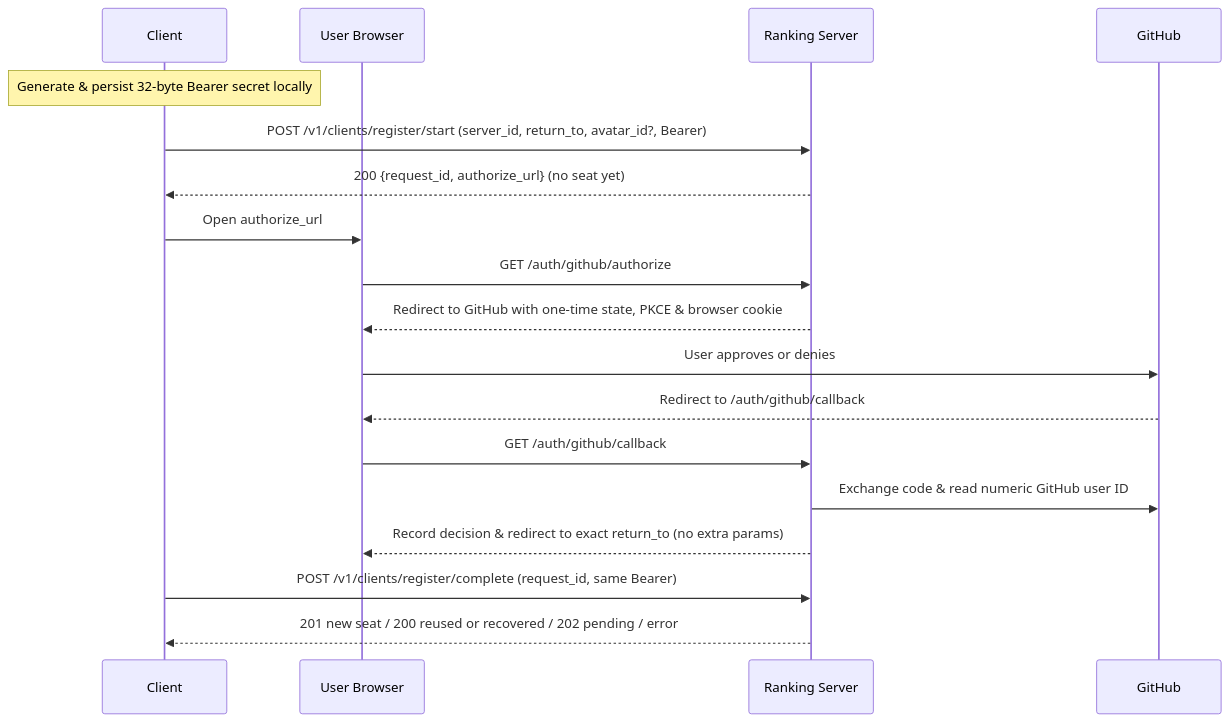
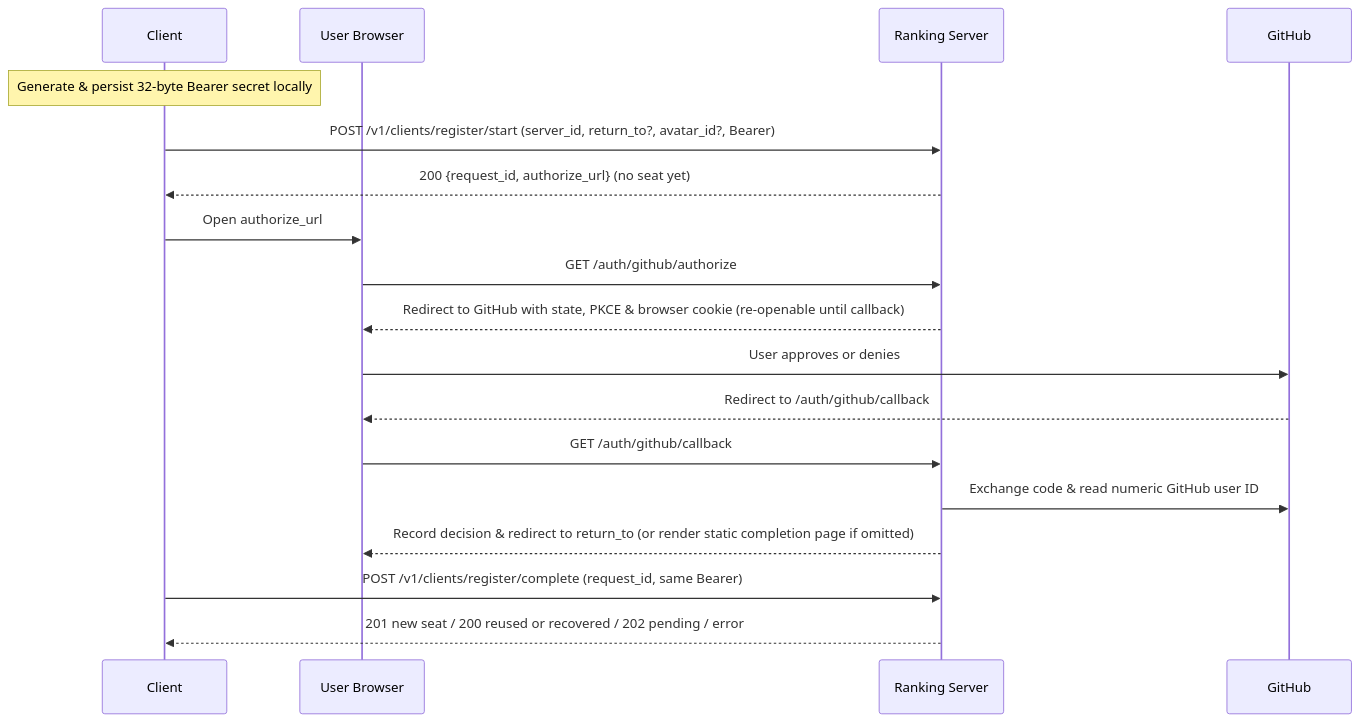
One commit to router-for-me/cpa-usage-ranking changed the first of 2 diagrams in docs/integration.md. Above: the diagram before and after it, drawn with Mermaid. The commit also changed other lines of this file and 11 other files, not shown here.

````diff
--- a/docs/integration.md
+++ b/docs/integration.md
@@ -45,20 +45,20 @@
 ```mermaid
 sequenceDiagram
     participant C as Client
     participant B as User Browser
     participant R as Ranking Server
     participant G as GitHub
     Note over C: Generate & persist 32-byte Bearer secret locally
-    C->>R: POST /v1/clients/register/start (server_id, return_to, avatar_id?, Bearer)
+    C->>R: POST /v1/clients/register/start (server_id, return_to?, avatar_id?, Bearer)
     R-->>C: 200 {request_id, authorize_url} (no seat yet)
     C->>B: Open authorize_url
     B->>R: GET /auth/github/authorize
-    R-->>B: Redirect to GitHub with one-time state, PKCE & browser cookie
+    R-->>B: Redirect to GitHub with state, PKCE & browser cookie (re-openable until callback)
     B->>G: User approves or denies
     G-->>B: Redirect to /auth/github/callback
     B->>R: GET /auth/github/callback
     R->>G: Exchange code & read numeric GitHub user ID
-    R-->>B: Record decision & redirect to exact return_to (no extra params)
+    R-->>B: Record decision & redirect to return_to (or render static completion page if omitted)
     C->>R: POST /v1/clients/register/complete (request_id, same Bearer)
     R-->>C: 201 new seat / 200 reused or recovered / 202 pending / error
 ```
````
